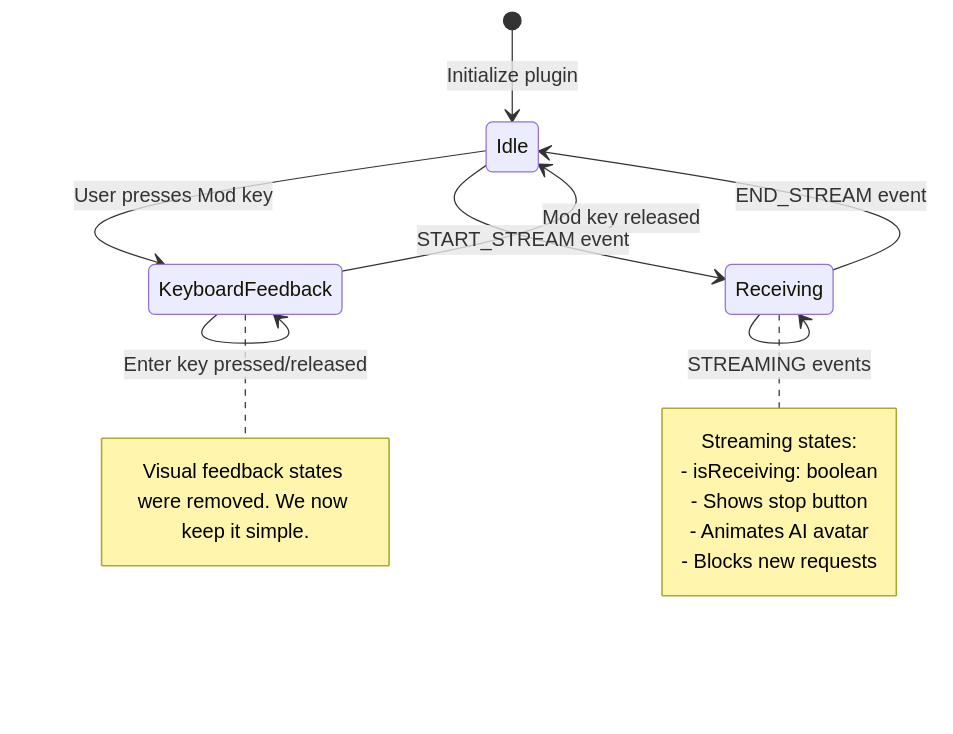
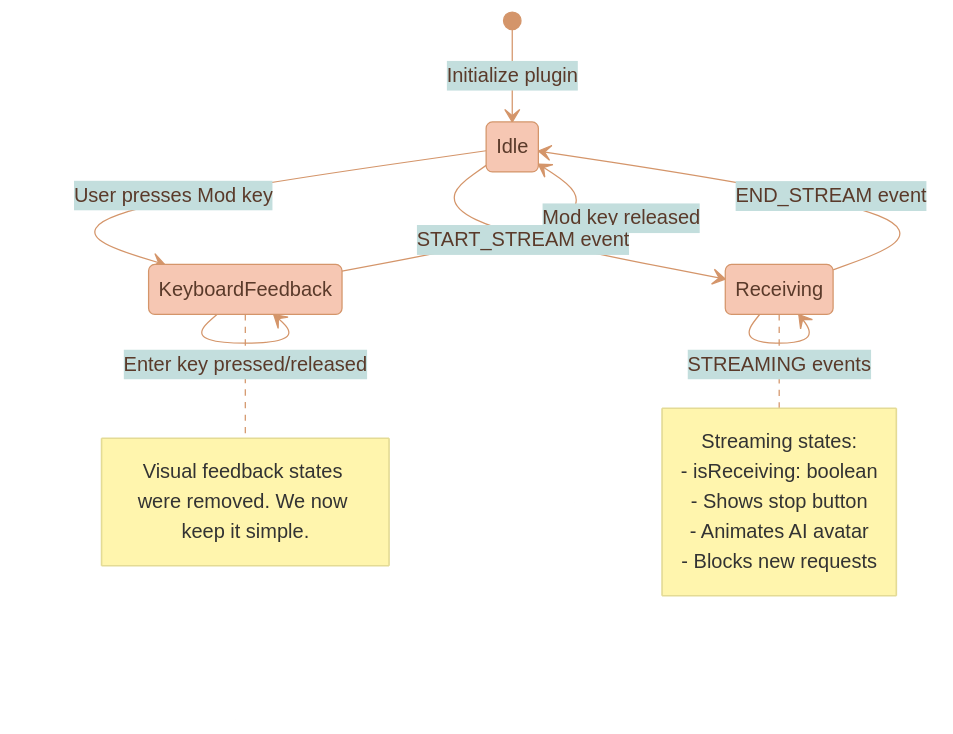
One commit to Lixpi/lixpi changed the second of 5 diagrams in services/web-ui/src/components/proseMirror/plugins/aiChatThreadPlugin/README.md. Above: the diagram before and after it, drawn with Mermaid. The commit also changed other lines of this file and 27 other files, not shown here.

````diff
--- a/services/web-ui/src/components/proseMirror/plugins/aiChatThreadPlugin/README.md
+++ b/services/web-ui/src/components/proseMirror/plugins/aiChatThreadPlugin/README.md
@@ -77,22 +78,23 @@
 ```mermaid
+%%{init: {'theme': 'base', 'themeVariables': { 'primaryColor': '#F6C7B3', 'primaryTextColor': '#5a3a2a', 'primaryBorderColor': '#d4956a', 'secondaryColor': '#C3DEDD', 'lineColor': '#d4956a', 'textColor': '#5a3a2a'}}}%%
 stateDiagram-v2
     [*] --> Idle: Initialize plugin
     Idle --> KeyboardFeedback: User presses Mod key
     KeyboardFeedback --> KeyboardFeedback: Enter key pressed/released
     KeyboardFeedback --> Idle: Mod key released
     Idle --> Receiving: START_STREAM event
     Receiving --> Receiving: STREAMING events
     Receiving --> Idle: END_STREAM event
 
     note right of KeyboardFeedback
       Visual feedback states were removed. We now keep it simple.
     end note
 
     note right of Receiving
         Streaming states:
         - isReceiving: boolean
         - Shows stop button
         - Animates AI avatar
         - Blocks new requests
     end note
 ```
````
